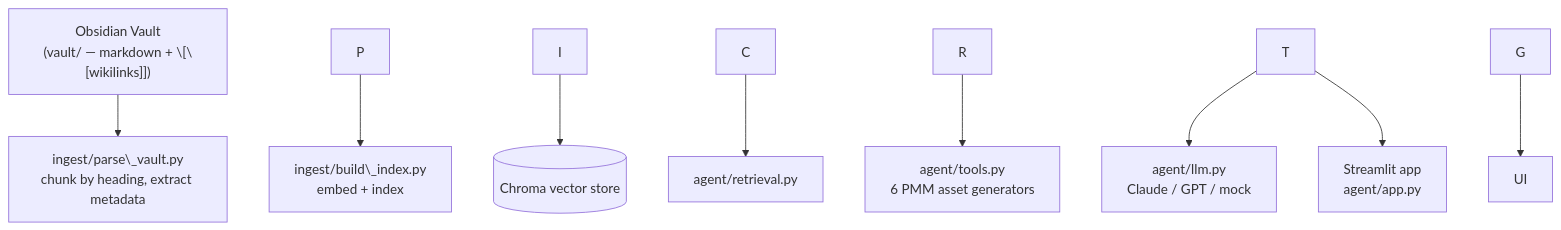
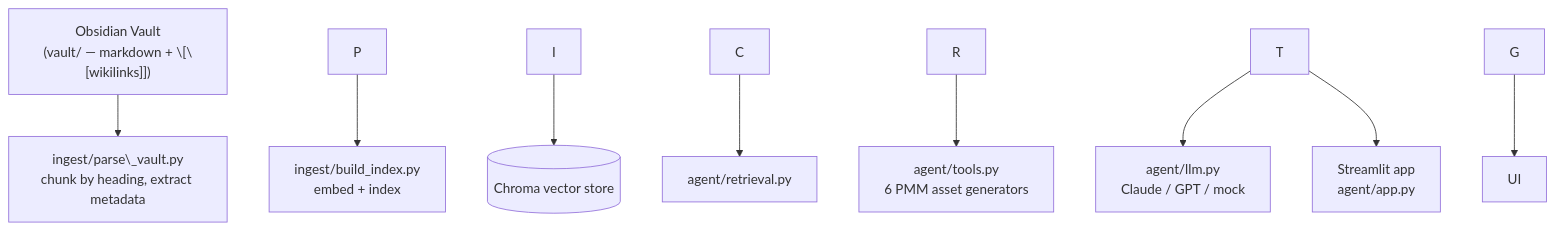
One commit to yotamgutman/pmm-second-brain changed the second of 2 diagrams in README.md. Above: the diagram before and after it, drawn with Mermaid. The commit also changed other lines of this file, not shown here.

````diff
--- a/README.md
+++ b/README.md
@@ -49,11 +49,11 @@
 ```mermaid
 flowchart TD
     V\["Obsidian Vault<br/>(vault/ — markdown + \[\[wikilinks]])"] --> P\["ingest/parse\_vault.py<br/>chunk by heading, extract metadata"]
-    P --> I\["ingest/build\_index.py<br/>embed + index"]
+    P --> I\["ingest/build_index.py<br/>embed + index"]
     I --> C\[("Chroma vector store")]
     C --> R\["agent/retrieval.py"]
     R --> T\["agent/tools.py<br/>6 PMM asset generators"]
     T --> G\["agent/llm.py<br/>Claude / GPT / mock"]
     T --> UI\["Streamlit app<br/>agent/app.py"]
     G --> UI
 ```
````
